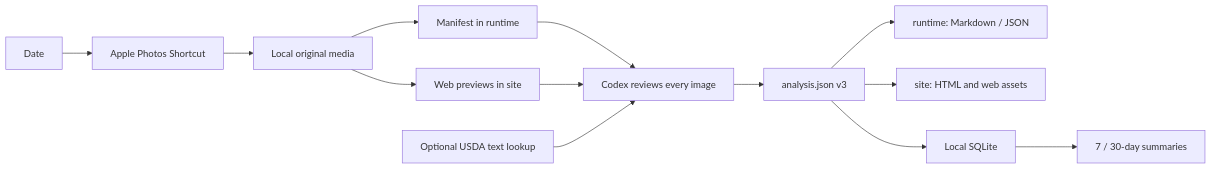
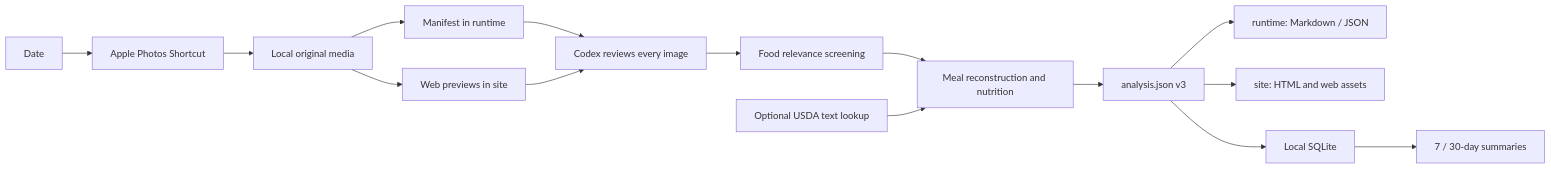
One commit to imathwy/health changed the diagram in README.md. Above: the diagram before and after it, drawn with Mermaid. The commit also changed other lines of this file and 12 other files, not shown here.

Commit message:
Filter daily photos before nutrition analysis

````diff
--- a/README.md
+++ b/README.md
@@ -12,15 +12,17 @@
 ```mermaid
 flowchart LR
     A[Date] --> B[Apple Photos Shortcut]
     B --> C[Local original media]
     C --> D[Manifest in runtime]
     C --> P[Web previews in site]
     D --> E[Codex reviews every image]
     P --> E
-    U[Optional USDA text lookup] --> E
-    E --> F[analysis.json v3]
+    E --> S[Food relevance screening]
+    S --> N[Meal reconstruction and nutrition]
+    U[Optional USDA text lookup] --> N
+    N --> F[analysis.json v3]
     F --> G[runtime: Markdown / JSON]
     F --> W[site: HTML and web assets]
     F --> H[Local SQLite]
     H --> I[7 / 30-day summaries]
 ```
````
